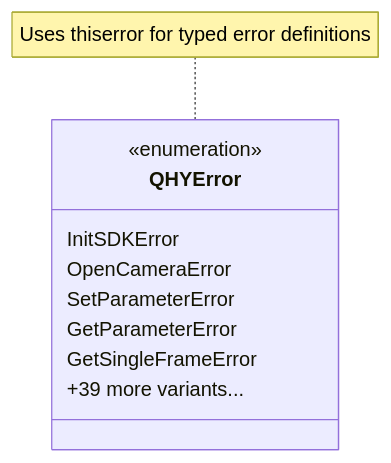
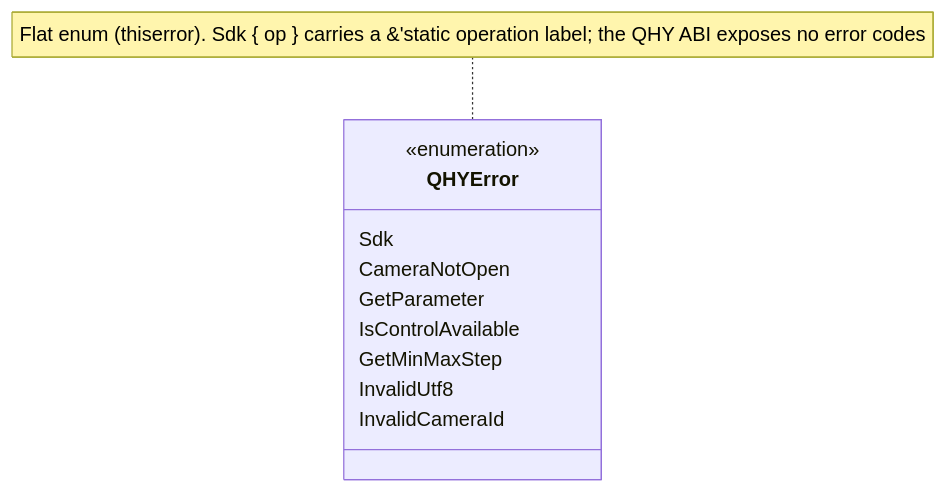
The tenth of 19 diagrams in crates/qhyccd-rs/docs/qhyccd-rs.md (ivonnyssen/rusty-photon), drawn with Mermaid before and after one commit. The commit also changed other lines of this file and 15 other files, not shown here.

First line of the commit message:
refactor(qhyccd-rs): flat QHYError + check helper + sys re-export (convention Phase 3)

````diff
--- a/crates/qhyccd-rs/docs/qhyccd-rs.md
+++ b/crates/qhyccd-rs/docs/qhyccd-rs.md
@@ -443,14 +443,15 @@
 ```mermaid
 classDiagram
     class QHYError {
         <<enumeration>>
-        InitSDKError
-        OpenCameraError
-        SetParameterError
-        GetParameterError
-        GetSingleFrameError
-        +39 more variants...
+        Sdk
+        CameraNotOpen
+        GetParameter
+        IsControlAvailable
+        GetMinMaxStep
+        InvalidUtf8
+        InvalidCameraId
     }
 
-    note for QHYError "Uses thiserror for typed error definitions"
+    note for QHYError "Flat enum (thiserror). Sdk { op } carries a &'static operation label; the QHY ABI exposes no error codes"
 ```
````
